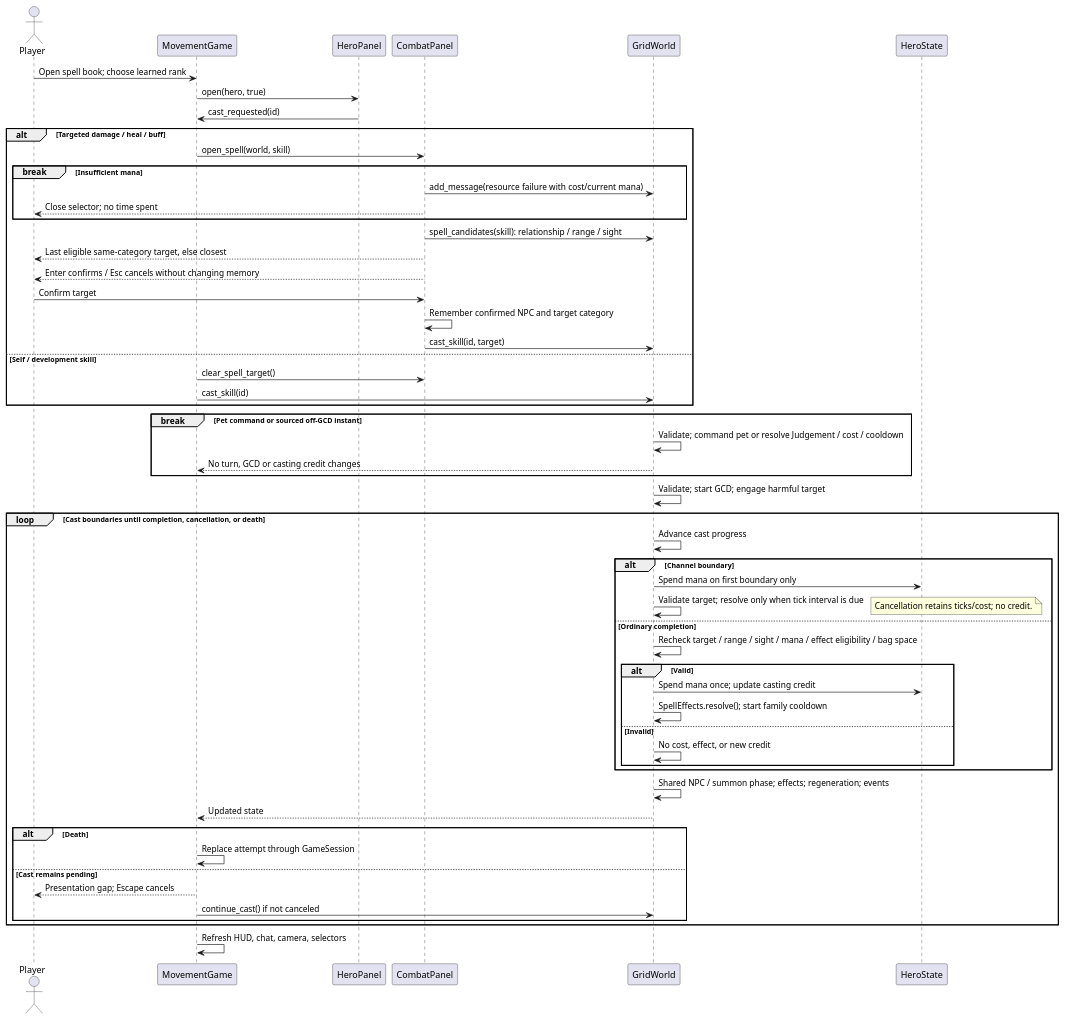
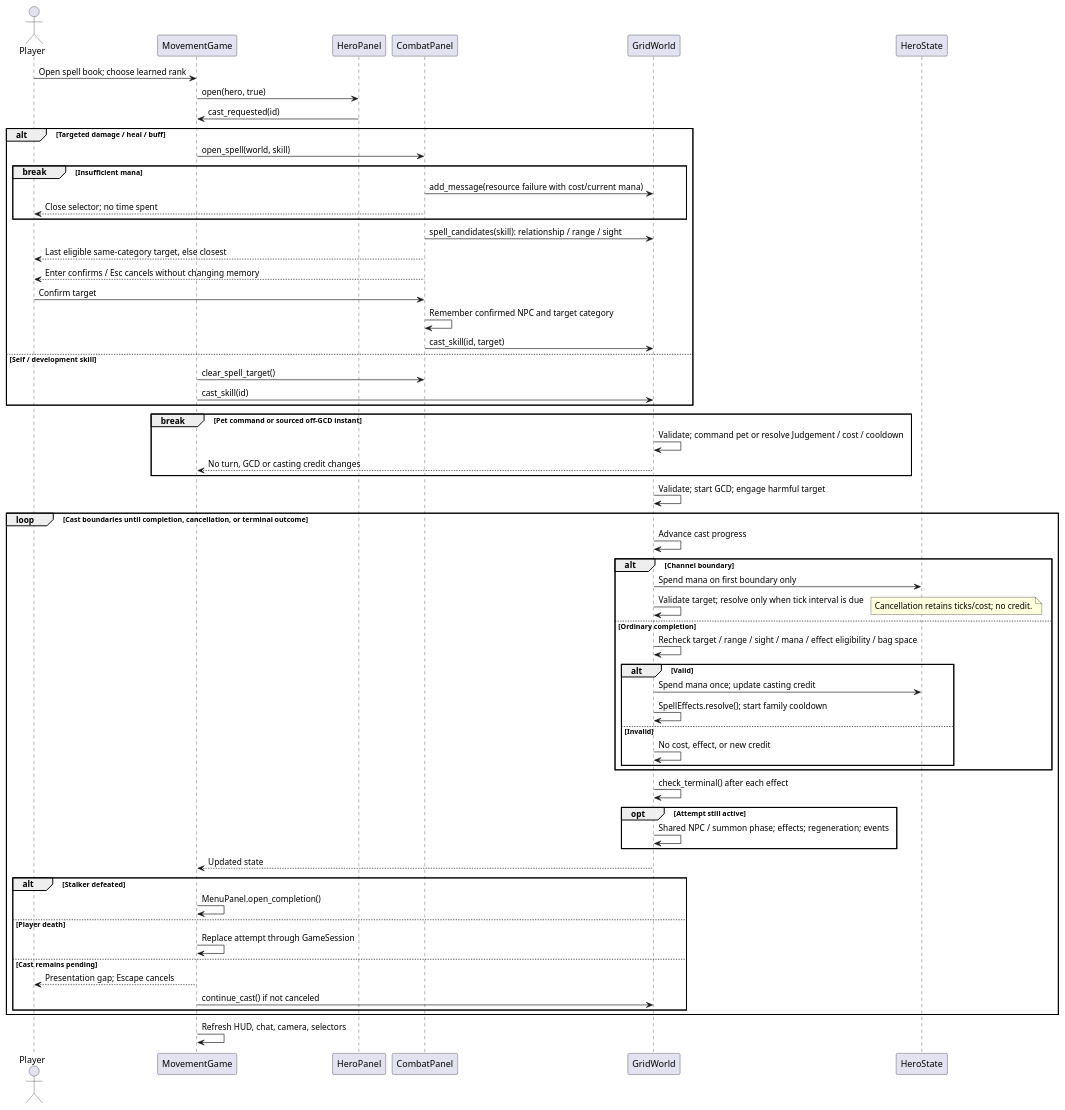
The diagram in docs/architecture/sequences/hero_skill.puml (VHonzik/Ostinato), drawn with PlantUML before and after one commit. The commit also changed 25 other files, not shown here.

First line of the commit message:
M8-A: Stalker victory and terminal effect ordering (#18)

```diff
--- a/docs/architecture/sequences/hero_skill.puml
+++ b/docs/architecture/sequences/hero_skill.puml
@@ -1,59 +1,64 @@
 @startuml
 !pragma layout smetana
 skinparam shadowing false
 actor Player
 participant MovementGame as Game
 participant HeroPanel as Book
 participant CombatPanel as Targeting
 participant GridWorld as World
 participant HeroState as Hero
 Player -> Game : Open spell book; choose learned rank
 Game -> Book : open(hero, true)
 Book -> Game : cast_requested(id)
 alt Targeted damage / heal / buff
   Game -> Targeting : open_spell(world, skill)
   break Insufficient mana
     Targeting -> World : add_message(resource failure with cost/current mana)
     Targeting --> Player : Close selector; no time spent
   end
   Targeting -> World : spell_candidates(skill): relationship / range / sight
   Targeting --> Player : Last eligible same-category target, else closest
   Targeting --> Player : Enter confirms / Esc cancels without changing memory
   Player -> Targeting : Confirm target
   Targeting -> Targeting : Remember confirmed NPC and target category
   Targeting -> World : cast_skill(id, target)
 else Self / development skill
   Game -> Targeting : clear_spell_target()
   Game -> World : cast_skill(id)
 end
 break Pet command or sourced off-GCD instant
   World -> World : Validate; command pet or resolve Judgement / cost / cooldown
   World --> Game : No turn, GCD or casting credit changes
 end
 World -> World : Validate; start GCD; engage harmful target
-loop Cast boundaries until completion, cancellation, or death
+loop Cast boundaries until completion, cancellation, or terminal outcome
   World -> World : Advance cast progress
   alt Channel boundary
     World -> Hero : Spend mana on first boundary only
     World -> World : Validate target; resolve only when tick interval is due
     note right: Cancellation retains ticks/cost; no credit.
   else Ordinary completion
     World -> World : Recheck target / range / sight / mana / effect eligibility / bag space
     alt Valid
       World -> Hero : Spend mana once; update casting credit
       World -> World : SpellEffects.resolve(); start family cooldown
     else Invalid
       World -> World : No cost, effect, or new credit
     end
   end
-  World -> World : Shared NPC / summon phase; effects; regeneration; events
+  World -> World : check_terminal() after each effect
+  opt Attempt still active
+    World -> World : Shared NPC / summon phase; effects; regeneration; events
+  end
   World --> Game : Updated state
-  alt Death
+  alt Stalker defeated
+    Game -> Game : MenuPanel.open_completion()
+  else Player death
     Game -> Game : Replace attempt through GameSession
   else Cast remains pending
     Game --> Player : Presentation gap; Escape cancels
     Game -> World : continue_cast() if not canceled
   end
 end
 Game -> Game : Refresh HUD, chat, camera, selectors
 @enduml
```
